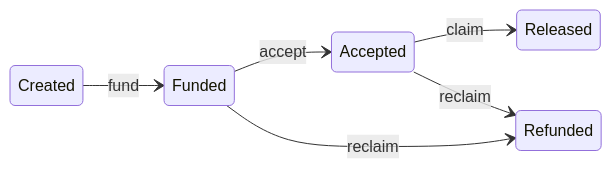
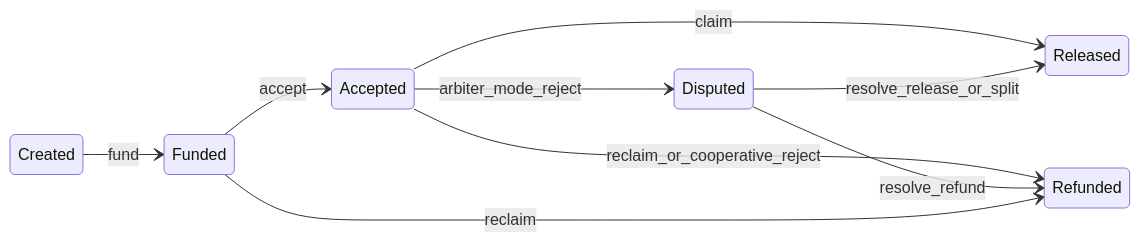
The diagram in docs/architecture/on-chain-flows.md (shery8595/Pharos-Settle), drawn with Mermaid before and after one commit. The commit also changed other lines of this file and 53 other files, not shown here.

````diff
--- a/docs/architecture/on-chain-flows.md
+++ b/docs/architecture/on-chain-flows.md
@@ -5,9 +5,12 @@
 ```mermaid
 stateDiagram-v2
   direction LR
   Created --> Funded: fund
   Funded --> Accepted: accept
   Accepted --> Released: claim
-  Accepted --> Refunded: reclaim
+  Accepted --> Refunded: reclaim_or_cooperative_reject
+  Accepted --> Disputed: arbiter_mode_reject
+  Disputed --> Released: resolve_release_or_split
+  Disputed --> Refunded: resolve_refund
   Funded --> Refunded: reclaim
 ```
````
